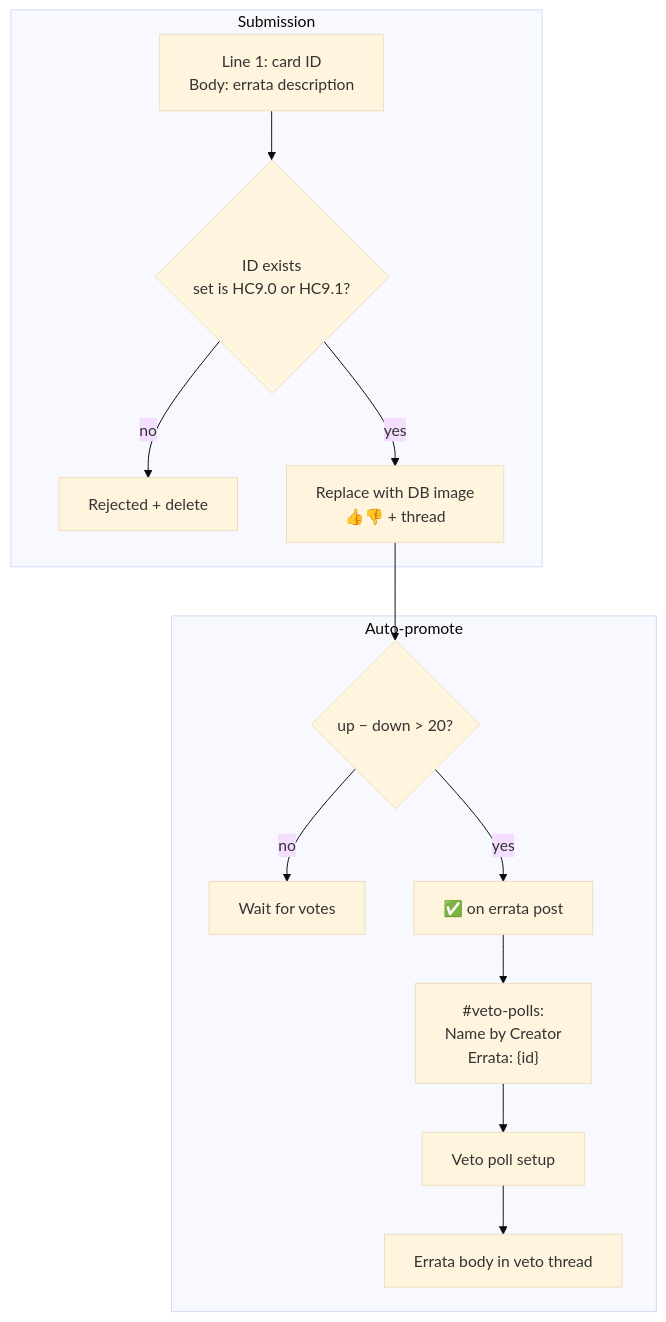
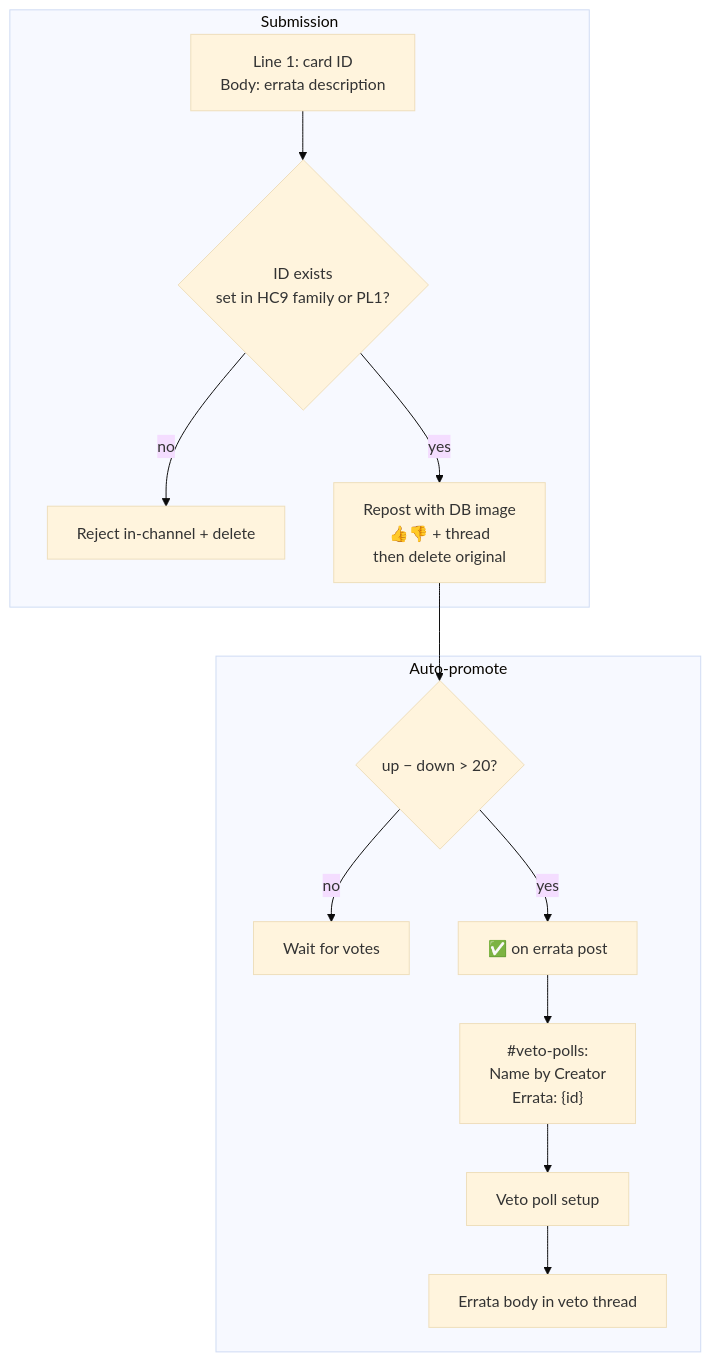
Before and after one commit to bones-bones/mork: the first of 2 diagrams in docs/card-flows/errata.md, drawn with Mermaid (base theme). The commit also changed other lines of this file and 1 other file, not shown here.

First line of the commit message:
Fix errata submissions rejecting HC9 prints with display set codes. (#182)

````diff
--- a/docs/card-flows/errata.md
+++ b/docs/card-flows/errata.md
@@ -9,17 +9,17 @@
 ```mermaid
 flowchart TD
   subgraph submit["Submission"]
-    U["Line 1: card ID<br/>Body: errata description"] --> VAL{"ID exists<br/>set is HC9.0 or HC9.1?"}
-    VAL -->|no| STOP["Rejected + delete"]
-    VAL -->|yes| REP["Replace with DB image<br/>👍👎 + thread"]
+    U["Line 1: card ID<br/>Body: errata description"] --> VAL{"ID exists<br/>set in HC9 family or PL1?"}
+    VAL -->|no| STOP["Reject in-channel + delete"]
+    VAL -->|yes| REP["Repost with DB image<br/>👍👎 + thread<br/>then delete original"]
   end
 
   subgraph promote["Auto-promote"]
     REP --> CHK{"up − down > 20?"}
     CHK -->|no| WAIT["Wait for votes"]
     CHK -->|yes| MARK["✅ on errata post"]
     MARK --> VP["#veto-polls:<br/>Name by Creator<br/>Errata: {id}"]
     VP --> HVP["Veto poll setup"]
     HVP --> TXT["Errata body in veto thread"]
   end
 ```
````
